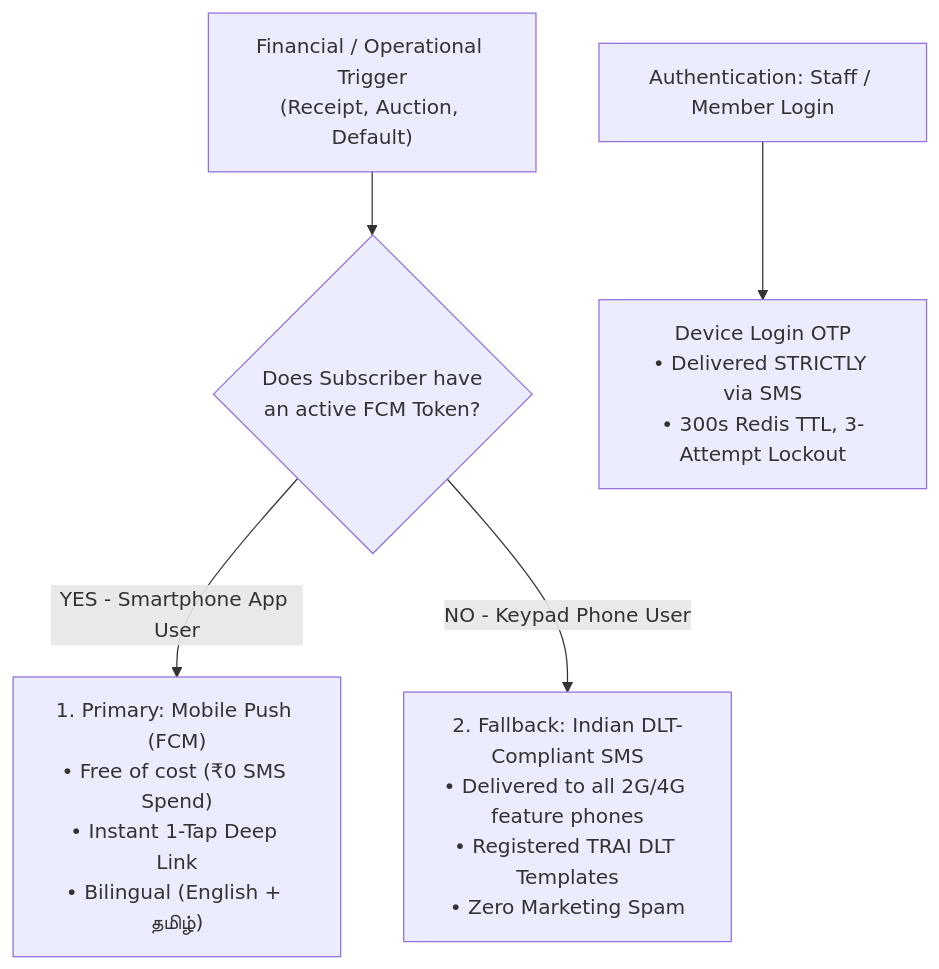
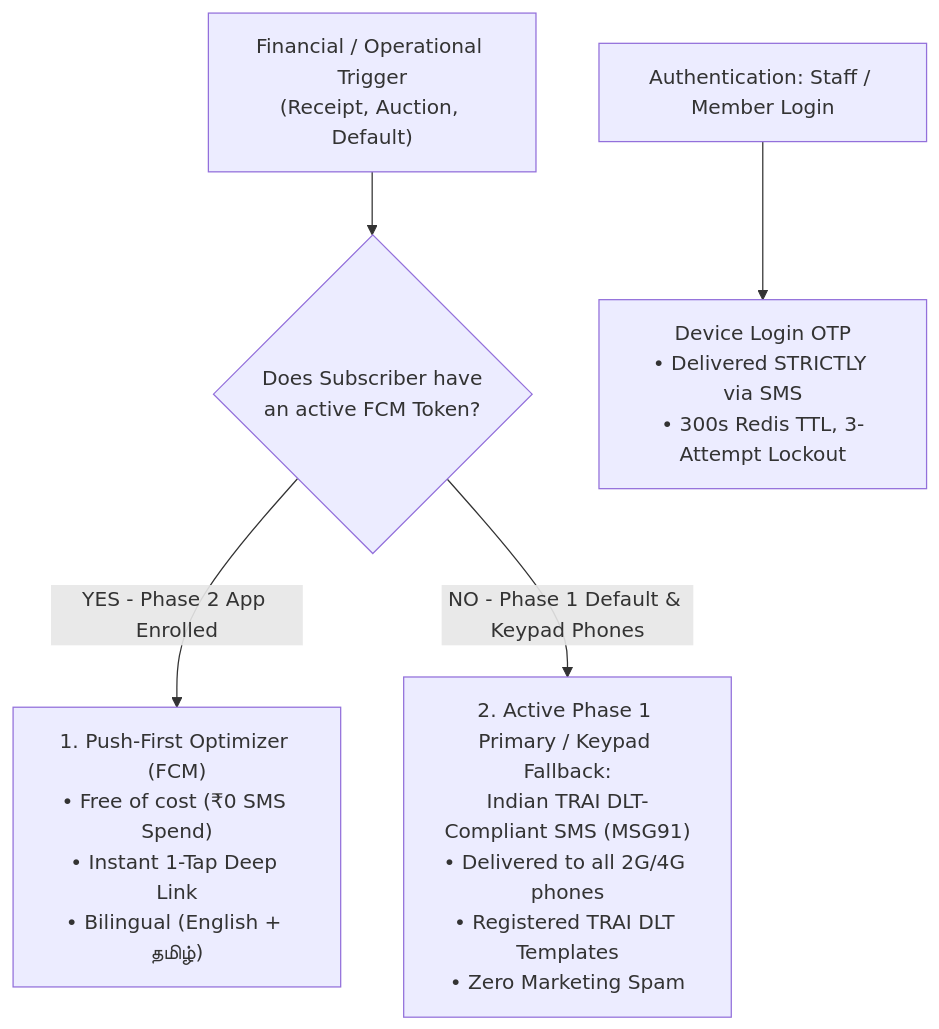
One commit to Kathir-24/Kumaran-finance changed the first of 2 diagrams in docs/03-architecture/sms-architecture.md. Above: the diagram before and after it, drawn with Mermaid. The commit also changed other lines of this file and 4 other files, not shown here.

````diff
--- a/docs/03-architecture/sms-architecture.md
+++ b/docs/03-architecture/sms-architecture.md
@@ -19,8 +19,8 @@
 ```mermaid
 flowchart TD
     Trigger["Financial / Operational Trigger\n(Receipt, Auction, Default)"] --> Check{"Does Subscriber have\nan active FCM Token?"}
-    Check -->|YES - Smartphone App User| PUSH["1. Primary: Mobile Push (FCM)\n• Free of cost (₹0 SMS Spend)\n• Instant 1-Tap Deep Link\n• Bilingual (English + தமிழ்)"]
-    Check -->|NO - Keypad Phone User| SMS["2. Fallback: Indian DLT-Compliant SMS\n• Delivered to all 2G/4G feature phones\n• Registered TRAI DLT Templates\n• Zero Marketing Spam"]
+    Check -->|YES - Phase 2 App Enrolled| PUSH["1. Push-First Optimizer (FCM)\n• Free of cost (₹0 SMS Spend)\n• Instant 1-Tap Deep Link\n• Bilingual (English + தமிழ்)"]
+    Check -->|NO - Phase 1 Default & Keypad Phones| SMS["2. Active Phase 1 Primary / Keypad Fallback:\nIndian TRAI DLT-Compliant SMS (MSG91)\n• Delivered to all 2G/4G phones\n• Registered TRAI DLT Templates\n• Zero Marketing Spam"]
 
     Login["Authentication: Staff / Member Login"] --> OTP["Device Login OTP\n• Delivered STRICTLY via SMS\n• 300s Redis TTL, 3-Attempt Lockout"]
 ```
````
